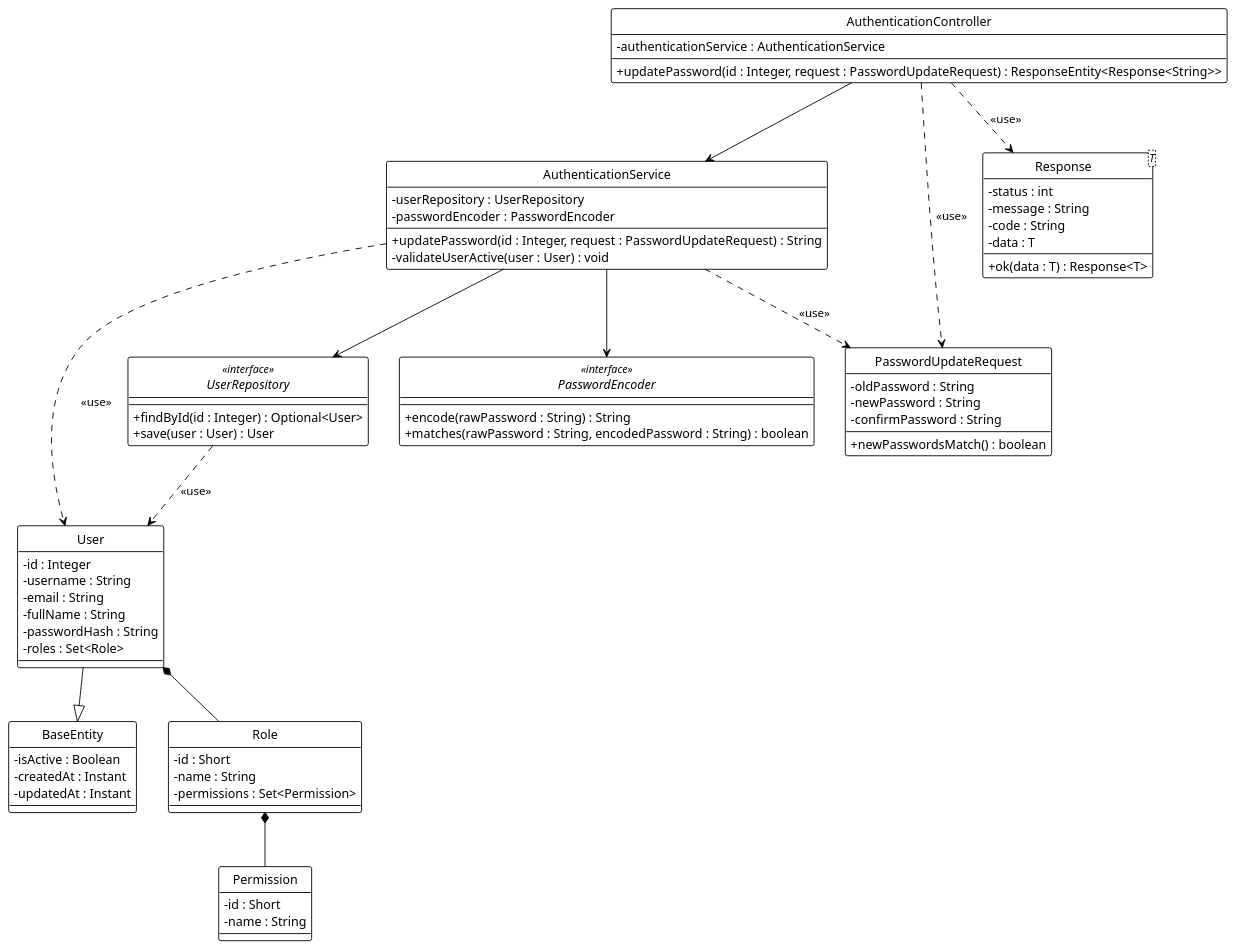
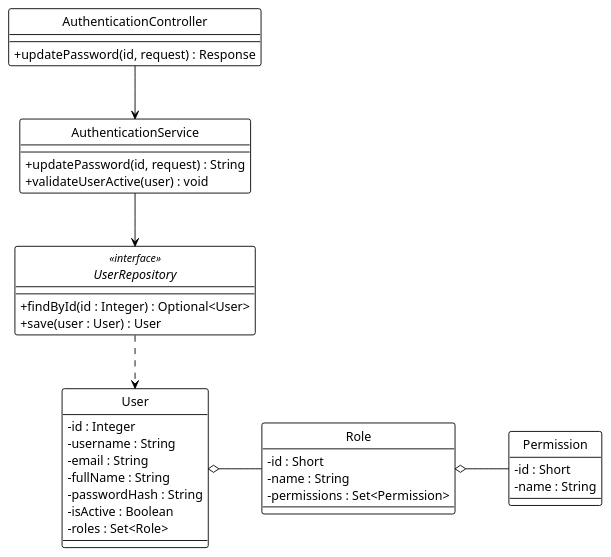
The diagram in system_detailed_design/03_change_password/class_diagram_change_password.puml (Ndh474/context), drawn with PlantUML before and after one commit. The commit also changed 6 other files, not shown here.

Commit message:
refactor(diagrams): standardize diagram names and improve class/sequence diagrams for authentication flows

```diff
--- a/system_detailed_design/03_change_password/class_diagram_change_password.puml
+++ b/system_detailed_design/03_change_password/class_diagram_change_password.puml
@@ -1,85 +1,61 @@
-@startuml Change Password - Class Diagram
+@startuml change_password
 !theme plain
+hide circle
 skinparam classAttributeIconSize 0
-hide circle
-skinparam circledCharacterRadius 0
 
+' --- CẤU HÌNH "ORTHO" (BẮT BUỘC) ---
+skinparam linetype ortho
+skinparam nodesep 60
+skinparam ranksep 60
+
+' --- CONTROLLER ---
 class AuthenticationController {
-  - authenticationService : AuthenticationService
-  + updatePassword(id : Integer, request : PasswordUpdateRequest) : ResponseEntity<Response<String>>
+  + updatePassword(id, request) : Response
 }
 
+' --- SERVICE ---
 class AuthenticationService {
-  - userRepository : UserRepository
-  - passwordEncoder : PasswordEncoder
-  + updatePassword(id : Integer, request : PasswordUpdateRequest) : String
-  - validateUserActive(user : User) : void
+  + updatePassword(id, request) : String
+  + validateUserActive(user) : void
 }
 
+' --- REPOSITORY ---
 interface UserRepository <<interface>> {
   + findById(id : Integer) : Optional<User>
   + save(user : User) : User
 }
 
-interface PasswordEncoder <<interface>> {
-  + encode(rawPassword : String) : String
-  + matches(rawPassword : String, encodedPassword : String) : boolean
-}
-
-class PasswordUpdateRequest {
-  - oldPassword : String
-  - newPassword : String
-  - confirmPassword : String
-  + newPasswordsMatch() : boolean
-}
-
-class Response<T> {
-  - status : int
-  - message : String
-  - code : String
-  - data : T
-  + ok(data : T) : Response<T>
-}
-
+' --- ENTITIES ---
 class User {
   - id : Integer
   - username : String
   - email : String
   - fullName : String
   - passwordHash : String
+  - isActive : Boolean
   - roles : Set<Role>
-}
-
-class BaseEntity {
-  - isActive : Boolean
-  - createdAt : Instant
-  - updatedAt : Instant
 }
 
 class Role {
   - id : Short
   - name : String
   - permissions : Set<Permission>
 }
 
 class Permission {
   - id : Short
   - name : String
 }
 
-AuthenticationController --> AuthenticationService
-AuthenticationService --> UserRepository
-AuthenticationService --> PasswordEncoder
+' --- DEPENDENCY INJECTION (Association) ---
+AuthenticationController -down-> AuthenticationService
+AuthenticationService -down-> UserRepository
 
-AuthenticationController ..> PasswordUpdateRequest : <<use>>
-AuthenticationController ..> Response : <<use>>
-AuthenticationService ..> PasswordUpdateRequest : <<use>>
-AuthenticationService ..> User : <<use>>
-UserRepository ..> User : <<use>>
+' --- REPOSITORY USAGE (Dependency) ---
+UserRepository .down.> User
 
-User --|> BaseEntity
-
-User *-- Role
-Role *-- Permission
+' --- ENTITY RELATIONSHIPS (Aggregation) ---
+User o-right- Role
+Role o-right- Permission
 
 @enduml
```
